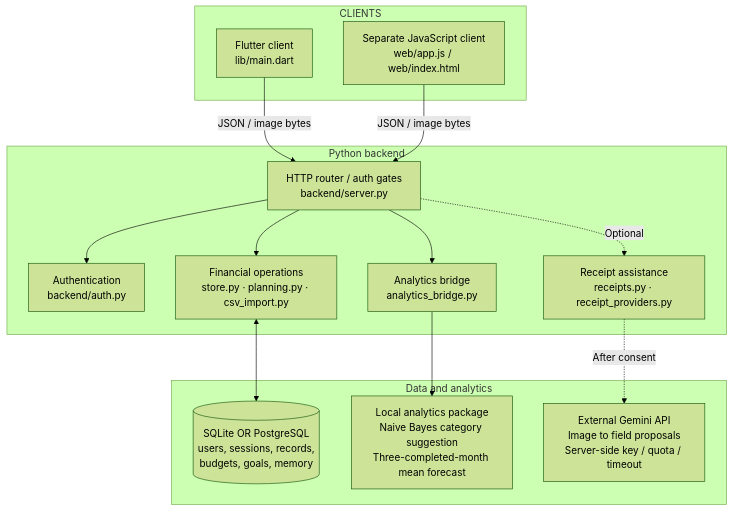
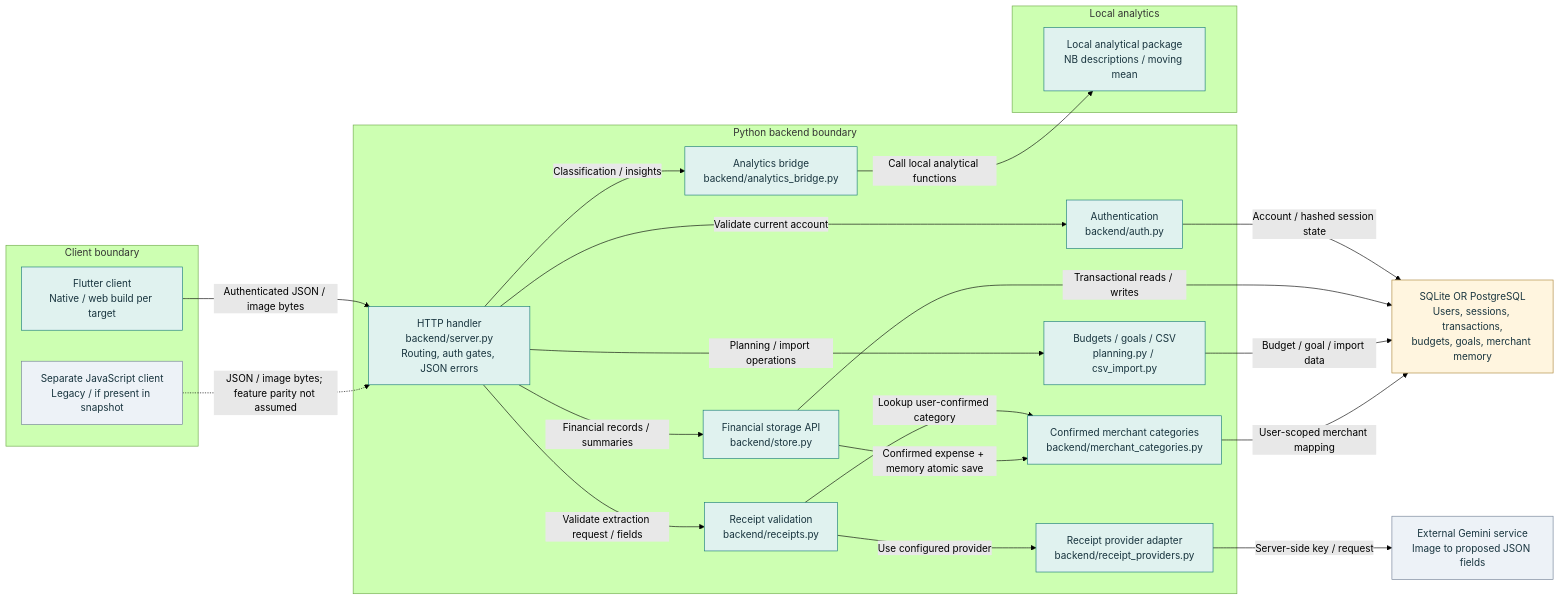
The diagram in docs/diagrams/component.mmd (KaberDaryn/smart-finance-project), drawn with Mermaid (forest theme) before and after one commit. The commit also changed 15 other files, not shown here.

```diff
--- a/docs/diagrams/component.mmd
+++ b/docs/diagrams/component.mmd
@@ -1,25 +1,42 @@
-flowchart TB
-  subgraph CLIENTS
-    F[Flutter client<br/>lib/main.dart]
-    W[Separate JavaScript client<br/>web/app.js / web/index.html]
+flowchart LR
+  subgraph clients["Client boundary"]
+    flutter["Flutter client<br/>Native / web build per target"]
+    legacy["Separate JavaScript client<br/>Legacy / if present in snapshot"]
   end
-  subgraph BACKEND[Python backend]
-    API[HTTP router / auth gates<br/>backend/server.py]
-    AUTH[Authentication<br/>backend/auth.py]
-    FIN[Financial operations<br/>store.py · planning.py · csv_import.py]
-    REC[Receipt assistance<br/>receipts.py · receipt_providers.py]
-    AB[Analytics bridge<br/>analytics_bridge.py]
+  subgraph server["Python backend boundary"]
+    routes["HTTP handler<br/>backend/server.py<br/>Routing, auth gates, JSON errors"]
+    auth["Authentication<br/>backend/auth.py"]
+    store["Financial storage API<br/>backend/store.py"]
+    planning["Budgets / goals / CSV<br/>planning.py / csv_import.py"]
+    bridge["Analytics bridge<br/>backend/analytics_bridge.py"]
+    receipt["Receipt validation<br/>backend/receipts.py"]
+    adapter["Receipt provider adapter<br/>backend/receipt_providers.py"]
+    memory["Confirmed merchant categories<br/>backend/merchant_categories.py"]
   end
-  subgraph DATA[Data and analytics]
-    DB[(SQLite OR PostgreSQL<br/>users, sessions, records,<br/>budgets, goals, memory)]
-    AN[Local analytics package<br/>Naive Bayes category suggestion<br/>Three-completed-month mean forecast]
-    GEM[External Gemini API<br/>Image to field proposals<br/>Server-side key / quota / timeout]
+  subgraph analysis["Local analytics"]
+    analytics["Local analytical package<br/>NB descriptions / moving mean"]
   end
-  F -->|JSON / image bytes| API
-  W -->|JSON / image bytes| API
-  API --> AUTH
-  API --> FIN
-  FIN <--> DB
-  API --> AB --> AN
-  API -.->|Optional| REC
-  REC -.->|After consent| GEM
+  db["SQLite OR PostgreSQL<br/>Users, sessions, transactions,<br/>budgets, goals, merchant memory"]
+  provider["External Gemini service<br/>Image to proposed JSON fields"]
+  flutter -->|"Authenticated JSON / image bytes"| routes
+  legacy -.->|"JSON / image bytes; feature parity not assumed"| routes
+  routes -->|"Validate current account"| auth
+  routes -->|"Financial records / summaries"| store
+  routes -->|"Planning / import operations"| planning
+  routes -->|"Classification / insights"| bridge
+  bridge -->|"Call local analytical functions"| analytics
+  routes -->|"Validate extraction request / fields"| receipt
+  receipt -->|"Use configured provider"| adapter
+  adapter -->|"Server-side key / request"| provider
+  receipt -->|"Lookup user-confirmed category"| memory
+  store -->|"Confirmed expense + memory atomic save"| memory
+  auth -->|"Account / hashed session state"| db
+  store -->|"Transactional reads / writes"| db
+  planning -->|"Budget / goal / import data"| db
+  memory -->|"User-scoped merchant mapping"| db
+  classDef external fill:#edf2f7,stroke:#718096,color:#18343e;
+  classDef core fill:#e0f2ef,stroke:#177b78,color:#18343e;
+  classDef store fill:#fff5df,stroke:#ac873b,color:#18343e;
+  class legacy,provider external;
+  class flutter,routes,auth,store,planning,bridge,receipt,adapter,memory,analytics core;
+  class db store;
```
